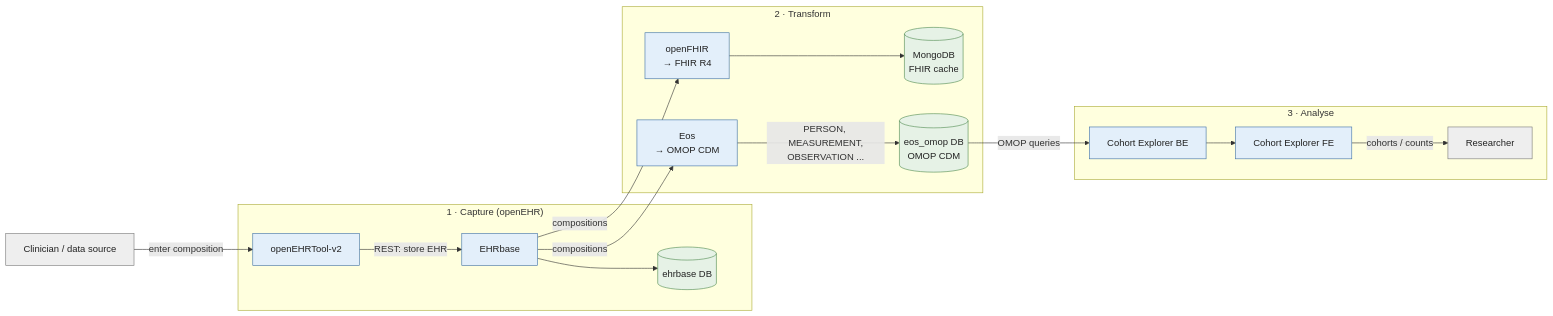
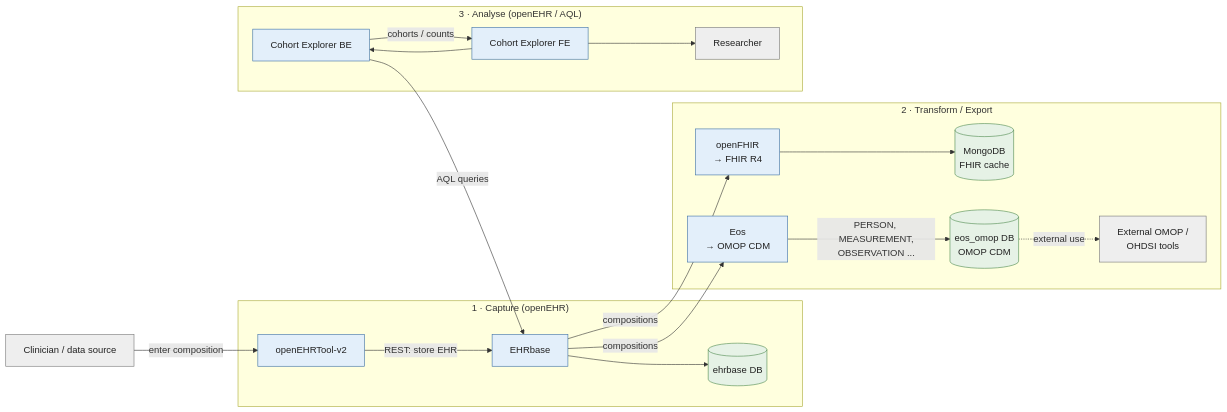
Before and after one commit to AltarisV/OHS-Open-Health-Stack: the third of 3 diagrams in docs/diagrams/architecture.mmd.md, drawn with Mermaid. The commit also changed other lines of this file and 9 other files, not shown here.

Commit message:
fix charts and docs

````diff
--- a/docs/diagrams/architecture.mmd.md
+++ b/docs/diagrams/architecture.mmd.md
@@ -145,40 +149,43 @@
 ```mermaid
 flowchart LR
     user["Clinician / data source"]:::ext
 
     subgraph capture["1 · Capture (openEHR)"]
         tool["openEHRTool-v2"]:::app
         ehrbase["EHRbase"]:::app
         pg_ehr[("ehrbase DB")]:::db
     end
 
-    subgraph transform["2 · Transform"]
+    subgraph export["2 · Transform / Export"]
         openfhir["openFHIR<br/>→ FHIR R4"]:::app
         eos["Eos<br/>→ OMOP CDM"]:::app
         mongo[("MongoDB<br/>FHIR cache")]:::db
         pg_omop[("eos_omop DB<br/>OMOP CDM")]:::db
+        omoptools["External OMOP /<br/>OHDSI tools"]:::ext
     end
 
-    subgraph analyse["3 · Analyse"]
+    subgraph analyse["3 · Analyse (openEHR / AQL)"]
         ce_be["Cohort Explorer BE"]:::app
         ce_fe["Cohort Explorer FE"]:::app
         analyst["Researcher"]:::ext
     end
 
     user -->|"enter composition"| tool
     tool -->|"REST: store EHR"| ehrbase
     ehrbase --> pg_ehr
 
     ehrbase -->|"compositions"| openfhir
     ehrbase -->|"compositions"| eos
     openfhir --> mongo
     eos -->|"PERSON, MEASUREMENT,<br/>OBSERVATION ..."| pg_omop
+    pg_omop -.->|"external use"| omoptools
 
-    pg_omop -->|"OMOP queries"| ce_be
-    ce_be --> ce_fe
-    ce_fe -->|"cohorts / counts"| analyst
+    ce_be -->|"AQL queries"| ehrbase
+    ce_fe --> ce_be
+    ce_be -->|"cohorts / counts"| ce_fe
+    ce_fe --> analyst
 
     classDef ext fill:#eeeeee,stroke:#777777,color:#222;
     classDef app fill:#e3effa,stroke:#3b6ea5,color:#222;
     classDef db  fill:#e6f2e6,stroke:#4f8a4f,color:#222;
 ```
````
